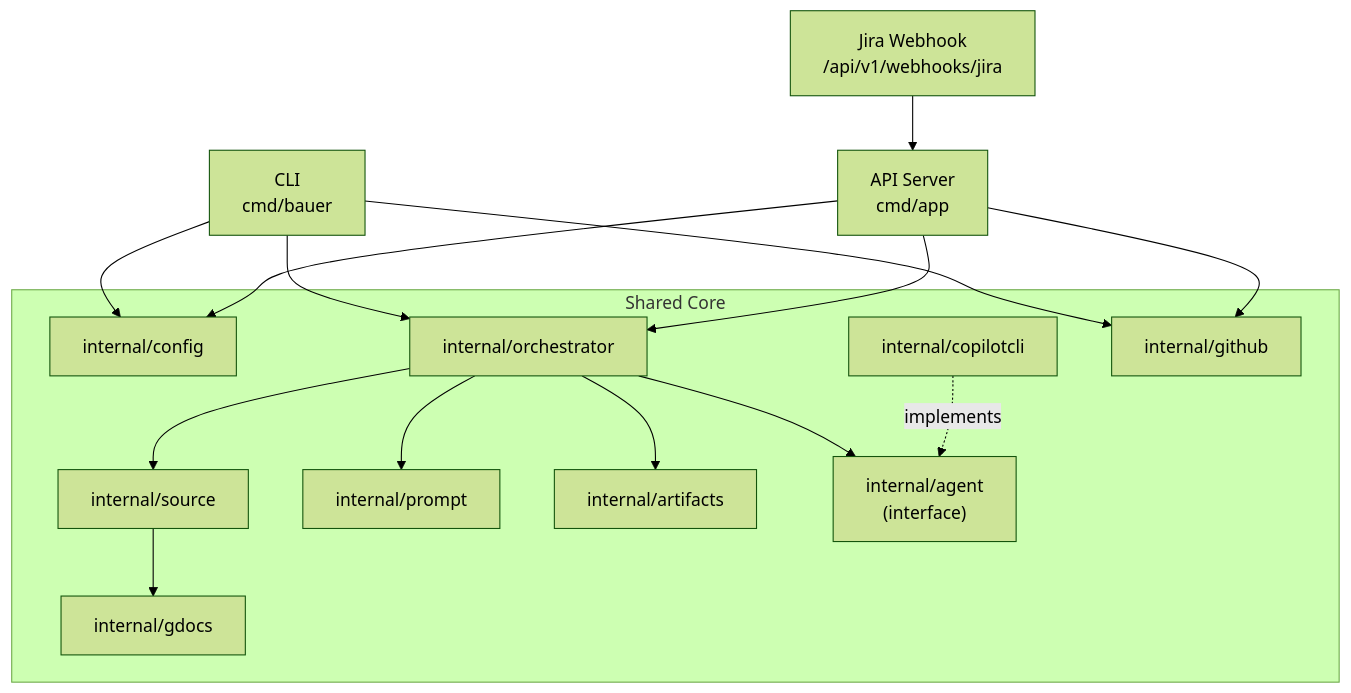
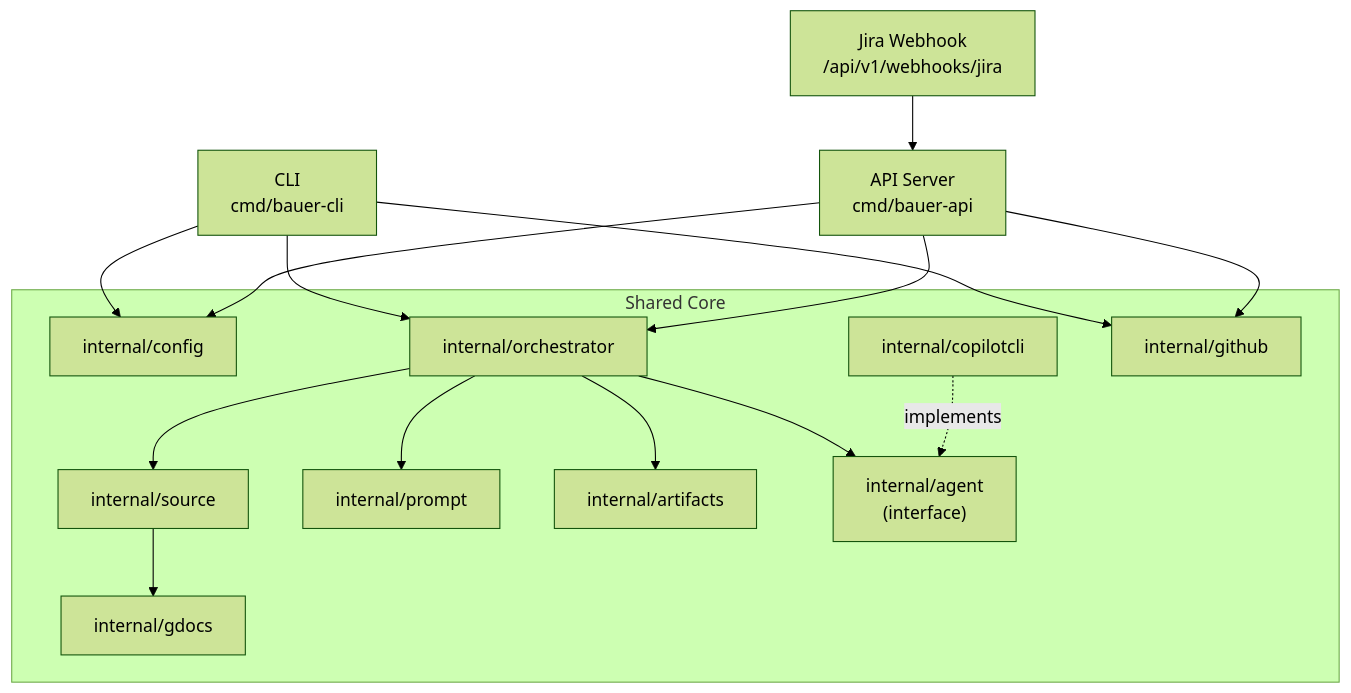
Before and after one commit to canonical/Bauer: the first of 5 diagrams in docs/ARCHITECTURE_v2.md, drawn with Mermaid (forest theme). The commit also changed other lines of this file and 5 other files, not shown here.

Commit message:
refactor: rename to bauer-cli

````diff
--- a/docs/ARCHITECTURE_v2.md
+++ b/docs/ARCHITECTURE_v2.md
@@ -24,35 +24,35 @@
 ```mermaid
 graph TD
-    CLI["CLI\ncmd/bauer"]
-    API["API Server\ncmd/app"]
+    CLI["CLI\ncmd/bauer-cli"]
+    API["API Server\ncmd/bauer-api"]
     Jira["Jira Webhook\n/api/v1/webhooks/jira"]
 
     subgraph Shared Core
         Config["internal/config"]
         Orchestrator["internal/orchestrator"]
         Source["internal/source"]
         GDocs["internal/gdocs"]
         Prompt["internal/prompt"]
         Artifacts["internal/artifacts"]
         Agent["internal/agent\n(interface)"]
         Copilot["internal/copilotcli"]
         GitHub["internal/github"]
     end
 
     CLI --> Config
     API --> Config
     Jira --> API
 
     CLI --> Orchestrator
     API --> Orchestrator
 
     Orchestrator --> Source
     Source --> GDocs
     Orchestrator --> Prompt
     Orchestrator --> Artifacts
     Orchestrator --> Agent
     Copilot -. implements .-> Agent
 
     CLI --> GitHub
     API --> GitHub
 ```
````
